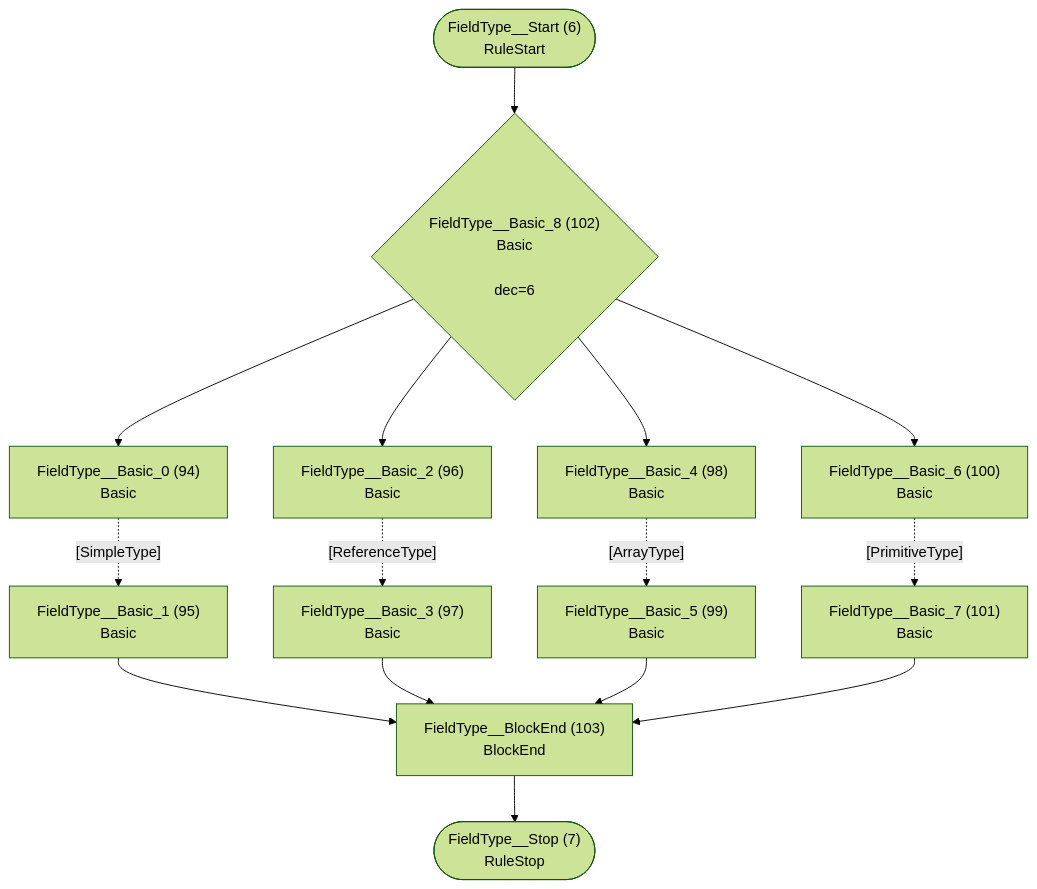
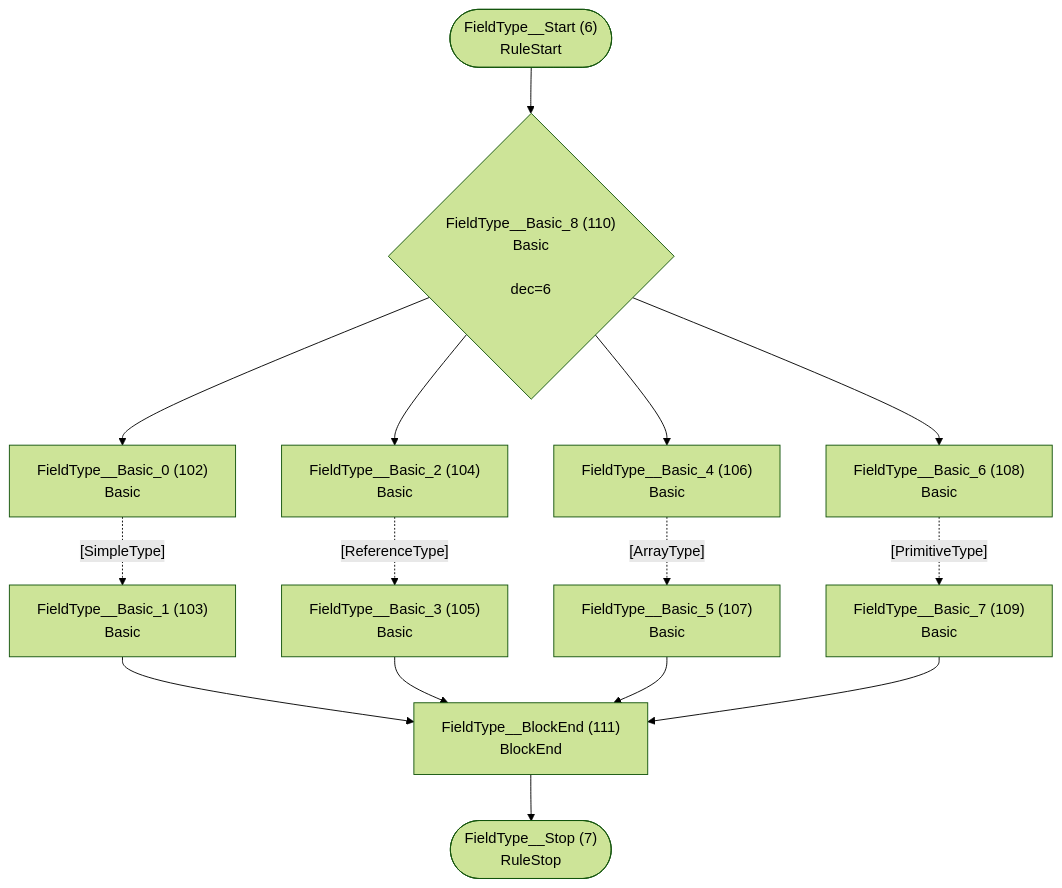
Before and after one commit to TypeFox/fastbelt: the fourth of 29 diagrams in internal/grammar/atn.md, drawn with Mermaid (forest theme). The commit also changed other lines of this file and 41 other files, not shown here.

````diff
--- a/internal/grammar/atn.md
+++ b/internal/grammar/atn.md
@@ -128,30 +133,30 @@
 ```mermaid
 flowchart TD
     q6(["FieldType__Start (6)<br/>RuleStart"])
     q7(["FieldType__Stop (7)<br/>RuleStop"])
-    q94["FieldType__Basic_0 (94)<br/>Basic<br/>"]
-    q95["FieldType__Basic_1 (95)<br/>Basic<br/>"]
-    q96["FieldType__Basic_2 (96)<br/>Basic<br/>"]
-    q97["FieldType__Basic_3 (97)<br/>Basic<br/>"]
-    q98["FieldType__Basic_4 (98)<br/>Basic<br/>"]
-    q99["FieldType__Basic_5 (99)<br/>Basic<br/>"]
-    q100["FieldType__Basic_6 (100)<br/>Basic<br/>"]
-    q101["FieldType__Basic_7 (101)<br/>Basic<br/>"]
-    q102{"FieldType__Basic_8 (102)<br/>Basic<br/><br/>dec=6"}
-    q103["FieldType__BlockEnd (103)<br/>BlockEnd<br/>"]
+    q102["FieldType__Basic_0 (102)<br/>Basic<br/>"]
+    q103["FieldType__Basic_1 (103)<br/>Basic<br/>"]
+    q104["FieldType__Basic_2 (104)<br/>Basic<br/>"]
+    q105["FieldType__Basic_3 (105)<br/>Basic<br/>"]
+    q106["FieldType__Basic_4 (106)<br/>Basic<br/>"]
+    q107["FieldType__Basic_5 (107)<br/>Basic<br/>"]
+    q108["FieldType__Basic_6 (108)<br/>Basic<br/>"]
+    q109["FieldType__Basic_7 (109)<br/>Basic<br/>"]
+    q110{"FieldType__Basic_8 (110)<br/>Basic<br/><br/>dec=6"}
+    q111["FieldType__BlockEnd (111)<br/>BlockEnd<br/>"]
 
-    q6 --> q102
-    q94 -.->|"[SimpleType]"| q95
-    q95 --> q103
-    q96 -.->|"[ReferenceType]"| q97
-    q97 --> q103
-    q98 -.->|"[ArrayType]"| q99
-    q99 --> q103
-    q100 -.->|"[PrimitiveType]"| q101
-    q101 --> q103
-    q102 --> q94
-    q102 --> q96
-    q102 --> q98
-    q102 --> q100
-    q103 --> q7
+    q6 --> q110
+    q102 -.->|"[SimpleType]"| q103
+    q103 --> q111
+    q104 -.->|"[ReferenceType]"| q105
+    q105 --> q111
+    q106 -.->|"[ArrayType]"| q107
+    q107 --> q111
+    q108 -.->|"[PrimitiveType]"| q109
+    q109 --> q111
+    q110 --> q102
+    q110 --> q104
+    q110 --> q106
+    q110 --> q108
+    q111 --> q7
 ```
````
